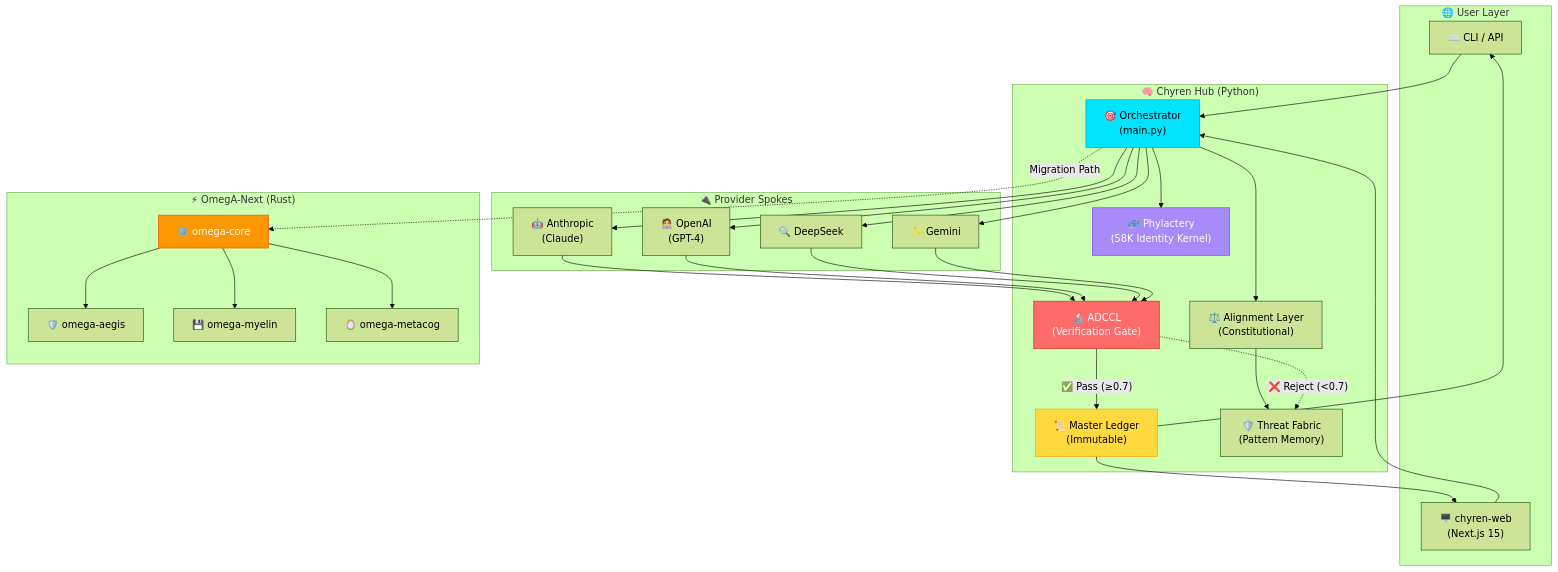
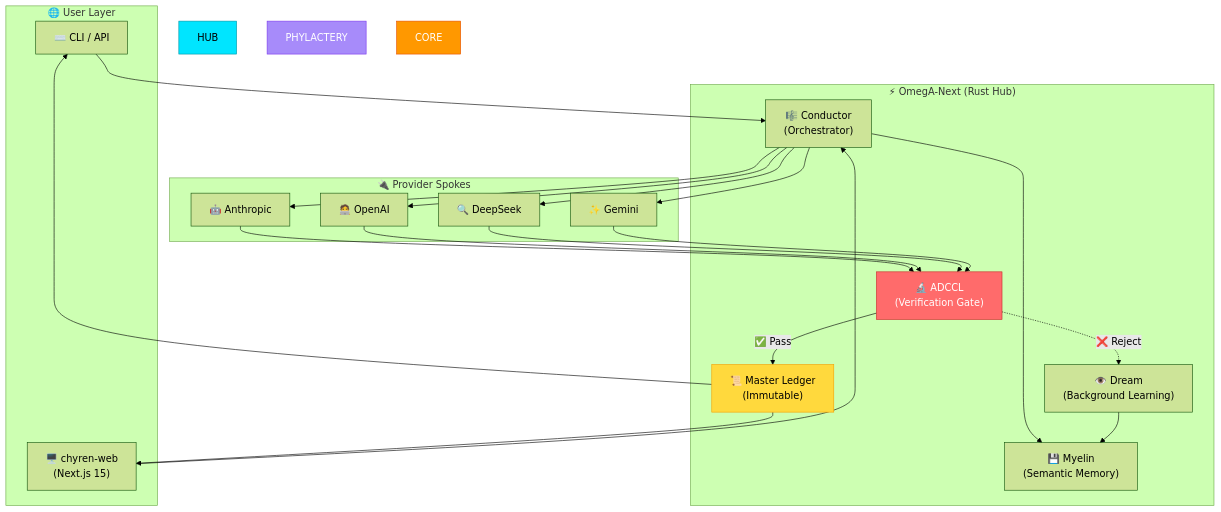
Before and after one commit to Mega-Therion/Chyren: the first of 9 diagrams in README.md, drawn with Mermaid (forest theme). The commit also changed other lines of this file and 31 other files, not shown here.

Commit message:
feat: complete sovereign migration to Rust core and deploy telegram-gateway

````diff
--- a/README.md
+++ b/README.md
@@ -70,63 +70,49 @@
 ```mermaid
 graph TB
     subgraph "🌐 User Layer"
         CLI["⌨️ CLI / API"]
         WEB["🖥️ chyren-web<br/>(Next.js 15)"]
     end
     
-    subgraph "🧠 Chyren Hub (Python)"
-        HUB["🎯 Orchestrator<br/>(main.py)"]
+    subgraph "⚡ OmegA-Next (Rust Hub)"
+        CONDUCTOR["🎼 Conductor<br/>(Orchestrator)"]
         LEDGER["📜 Master Ledger<br/>(Immutable)"]
         ADCCL["🔬 ADCCL<br/>(Verification Gate)"]
-        ALIGN["⚖️ Alignment Layer<br/>(Constitutional)"]
-        THREAT["🛡️ Threat Fabric<br/>(Pattern Memory)"]
-        PHYLACTERY["🧬 Phylactery<br/>(58K Identity Kernel)"]
+        MYELIN["💾 Myelin<br/>(Semantic Memory)"]
+        DREAM["👁️ Dream<br/>(Background Learning)"]
     end
     
     subgraph "🔌 Provider Spokes"
-        ANTHROPIC["🤖 Anthropic<br/>(Claude)"]
-        OPENAI["🧑‍💻 OpenAI<br/>(GPT-4)"]
+        ANTHROPIC["🤖 Anthropic"]
+        OPENAI["🧑‍💻 OpenAI"]
         DEEPSEEK["🔍 DeepSeek"]
         GEMINI["✨ Gemini"]
     end
+
+    WEB --> CONDUCTOR
+    CLI --> CONDUCTOR
     
-    subgraph "⚡ OmegA-Next (Rust)"
-        CORE["⚙️ omega-core"]
-        AEGIS["🛡️ omega-aegis"]
-        MYELIN["💾 omega-myelin"]
-        METACOG["🪞 omega-metacog"]
-    end
-    
-    CLI --> HUB
-    WEB --> HUB
-    
-    HUB --> PHYLACTERY
-    HUB --> ALIGN
-    ALIGN --> THREAT
-    HUB --> ANTHROPIC
-    HUB --> OPENAI
-    HUB --> DEEPSEEK
-    HUB --> GEMINI
+    CONDUCTOR --> MYELIN
+    CONDUCTOR --> ANTHROPIC
+    CONDUCTOR --> OPENAI
+    CONDUCTOR --> DEEPSEEK
+    CONDUCTOR --> GEMINI
     
     ANTHROPIC --> ADCCL
     OPENAI --> ADCCL
     DEEPSEEK --> ADCCL
     GEMINI --> ADCCL
     
-    ADCCL -->|"✅ Pass (≥0.7)"| LEDGER
-    ADCCL -.->|"❌ Reject (<0.7)"| THREAT
+    ADCCL -->|"✅ Pass"| LEDGER
+    ADCCL -.->|"❌ Reject"| DREAM
     
+    LEDGER --> WEB
     LEDGER --> CLI
-    LEDGER --> WEB
-    
-    HUB -.->|"Migration Path"| CORE
-    CORE --> AEGIS
-    CORE --> MYELIN
-    CORE --> METACOG
+    DREAM --> MYELIN
     
     style HUB fill:#00e5ff,stroke:#0097a7,color:#000
     style ADCCL fill:#ff6b6b,stroke:#c92a2a,color:#fff
     style LEDGER fill:#ffd93d,stroke:#f59f00,color:#000
     style PHYLACTERY fill:#a78bfa,stroke:#7c3aed,color:#fff
     style CORE fill:#ff9800,stroke:#e65100,color:#fff
 ```
````
